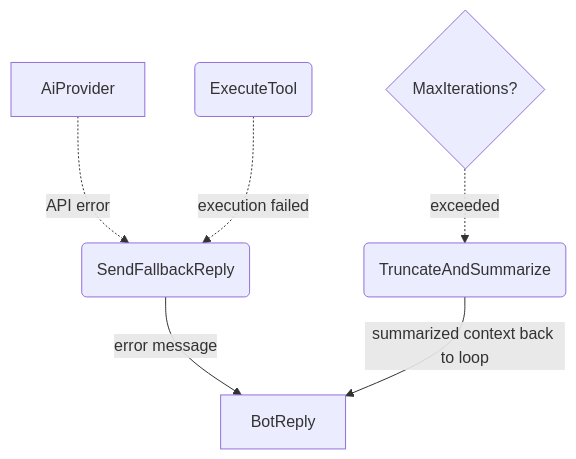
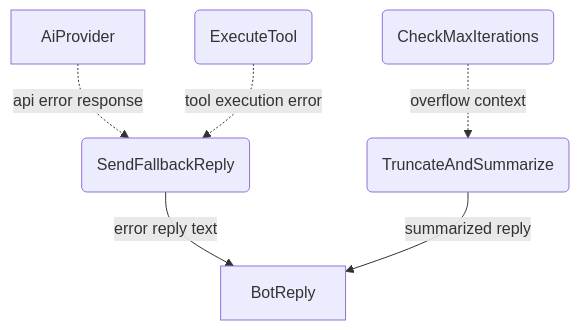
Before and after one commit to cosmoswafer/rockbot: the second of 6 diagrams in _dfds/agent-harness.md, drawn with Mermaid. The commit also changed other lines of this file and 7 other files, not shown here.

````diff
--- a/_dfds/agent-harness.md
+++ b/_dfds/agent-harness.md
@@ -49,15 +45,15 @@
 ```mermaid
 flowchart TD
     AI[AiProvider]
     TOOL_EXEC(ExecuteTool)
-    MAX_LOOP{MaxIterations?}
+    LOOP_LIMIT(CheckMaxIterations)
     FALLBACK(SendFallbackReply)
     TRUNC(TruncateAndSummarize)
     REPLY[BotReply]
 
-    AI -.->|"API error"| FALLBACK
-    TOOL_EXEC -.->|"execution failed"| FALLBACK
-    FALLBACK -->|"error message"| REPLY
-    MAX_LOOP -.->|"exceeded"| TRUNC
-    TRUNC -->|"summarized context back to loop"| REPLY
+    AI -.->|"api error response"| FALLBACK
+    TOOL_EXEC -.->|"tool execution error"| FALLBACK
+    FALLBACK -->|"error reply text"| REPLY
+    LOOP_LIMIT -.->|"overflow context"| TRUNC
+    TRUNC -->|"summarized reply"| REPLY
 ```
````
